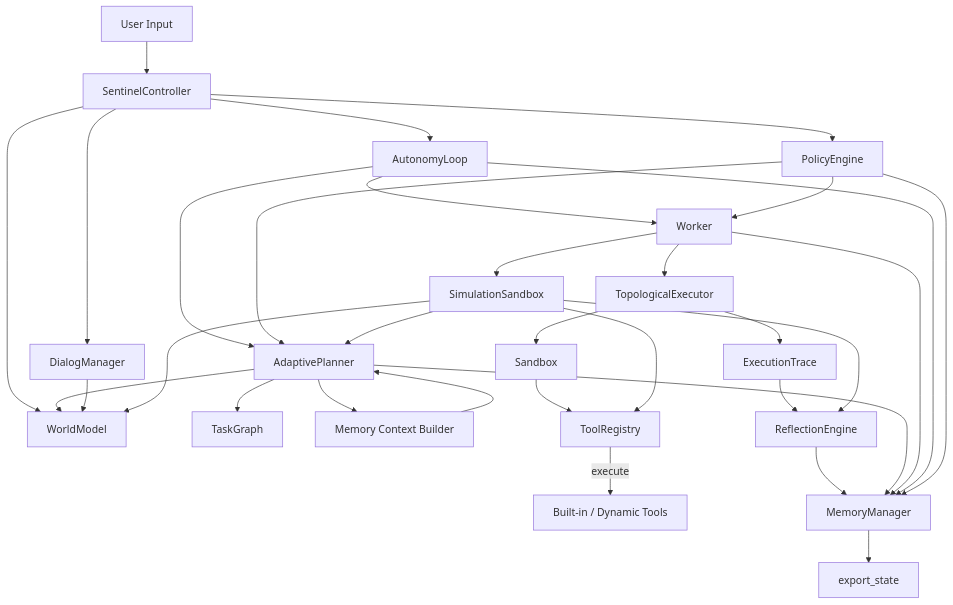
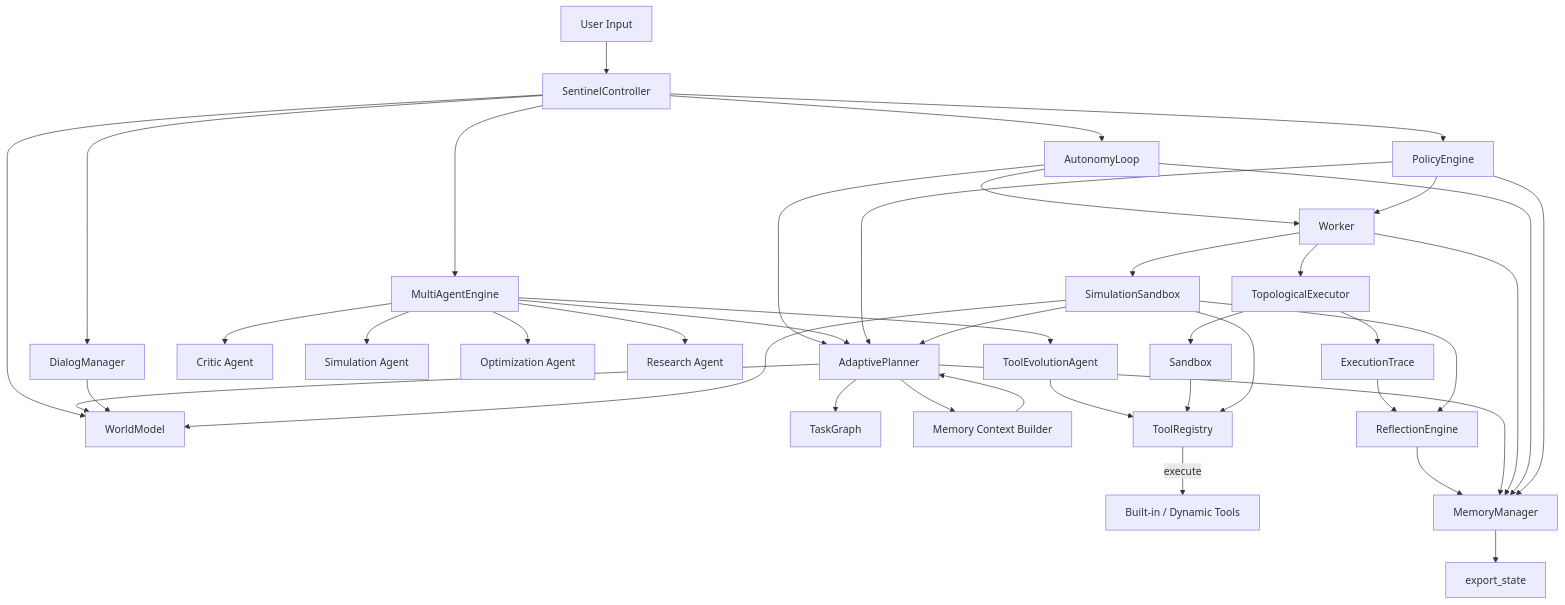
One commit to Demigodofa/sentinel-max changed the diagram in sentinel/sentinel_spec.md. Above: the diagram before and after it, drawn with Mermaid. The commit also changed other lines of this file and 4 other files, not shown here.

Commit message:
Add multi-agent coordination and tool autonomy policy

````diff
--- a/sentinel/sentinel_spec.md
+++ b/sentinel/sentinel_spec.md
@@ -11,34 +12,42 @@
 ```mermaid
 graph TD
     UserInput[User Input] --> Controller[SentinelController]
     Controller --> Policy[PolicyEngine]
     Controller --> WorldModel
     Controller --> Dialog[DialogManager]
     Controller --> Autonomy[AutonomyLoop]
+    Controller --> MultiAgent[MultiAgentEngine]
     Autonomy --> Planner[AdaptivePlanner]
     Planner --> Plan[TaskGraph]
     Planner --> MemoryIntelligence
     Planner --> WorldModel
     Dialog --> WorldModel
     MemoryIntelligence[Memory Context Builder] --> Planner
     Autonomy --> Worker
+    MultiAgent --> Planner
+    MultiAgent --> Critic[Critic Agent]
+    MultiAgent --> Simulation[Simulation Agent]
+    MultiAgent --> Optimization[Optimization Agent]
+    MultiAgent --> Research[Research Agent]
+    MultiAgent --> ToolEvolution[ToolEvolutionAgent]
+    ToolEvolution --> ToolRegistry
     Worker --> Executor[TopologicalExecutor]
     Worker --> SimulationSandbox
     Executor --> Sandbox
     Sandbox --> ToolRegistry
     SimulationSandbox --> ToolRegistry
     SimulationSandbox --> WorldModel
     Policy --> Planner
     Policy --> Worker
     ToolRegistry -->|execute| Tools[Built-in / Dynamic Tools]
     SimulationSandbox --> Planner
     Executor --> Trace[ExecutionTrace]
     Trace --> ReflectionEngine
     SimulationSandbox --> ReflectionEngine
     ReflectionEngine --> Memory[MemoryManager]
     Planner --> Memory
     Worker --> Memory
     Autonomy --> Memory
     Policy --> Memory
     Memory --> Export[export_state]
 ```
````
